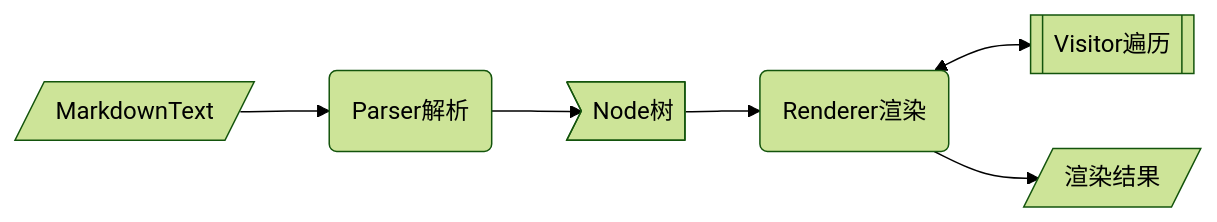
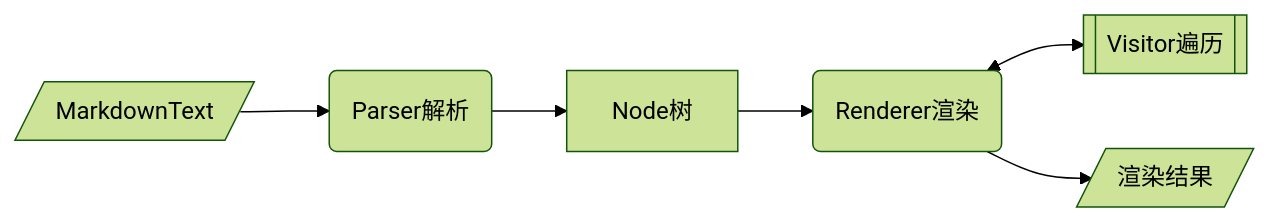
Before and after one commit to Cangjie-backup-Center/commonmark4cj: the second of 2 diagrams in README.md, drawn with Mermaid (forest theme). The commit also changed other lines of this file and 8 other files, not shown here.

````diff
--- a/README.md
+++ b/README.md
@@ -40,8 +40,8 @@
 ```mermaid
 flowchart LR
     md[/MarkdownText/] -->parser(Parser解析)
-    parser --> node>Node树]
+    parser --> node[Node树]
     node --> renderer(Renderer渲染)
     renderer <--> visitor[[Visitor遍历]]
     renderer --> res[/渲染结果/]
 ```
````
